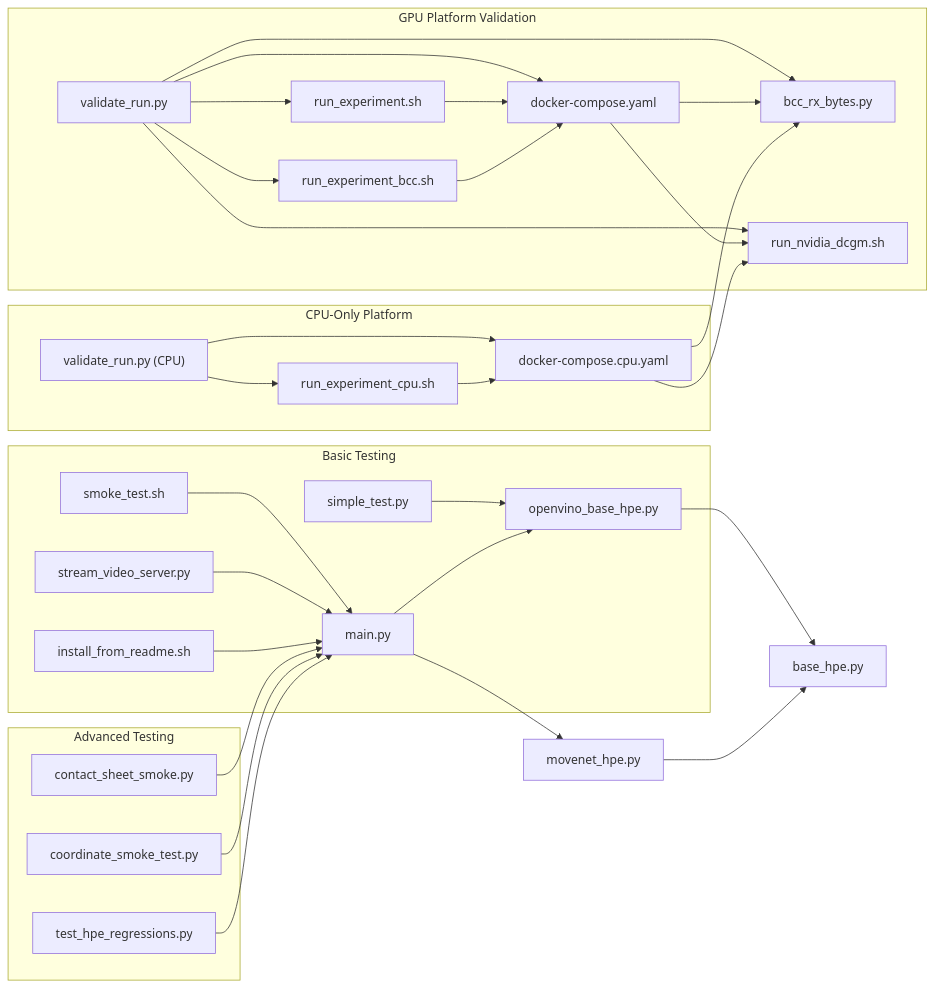
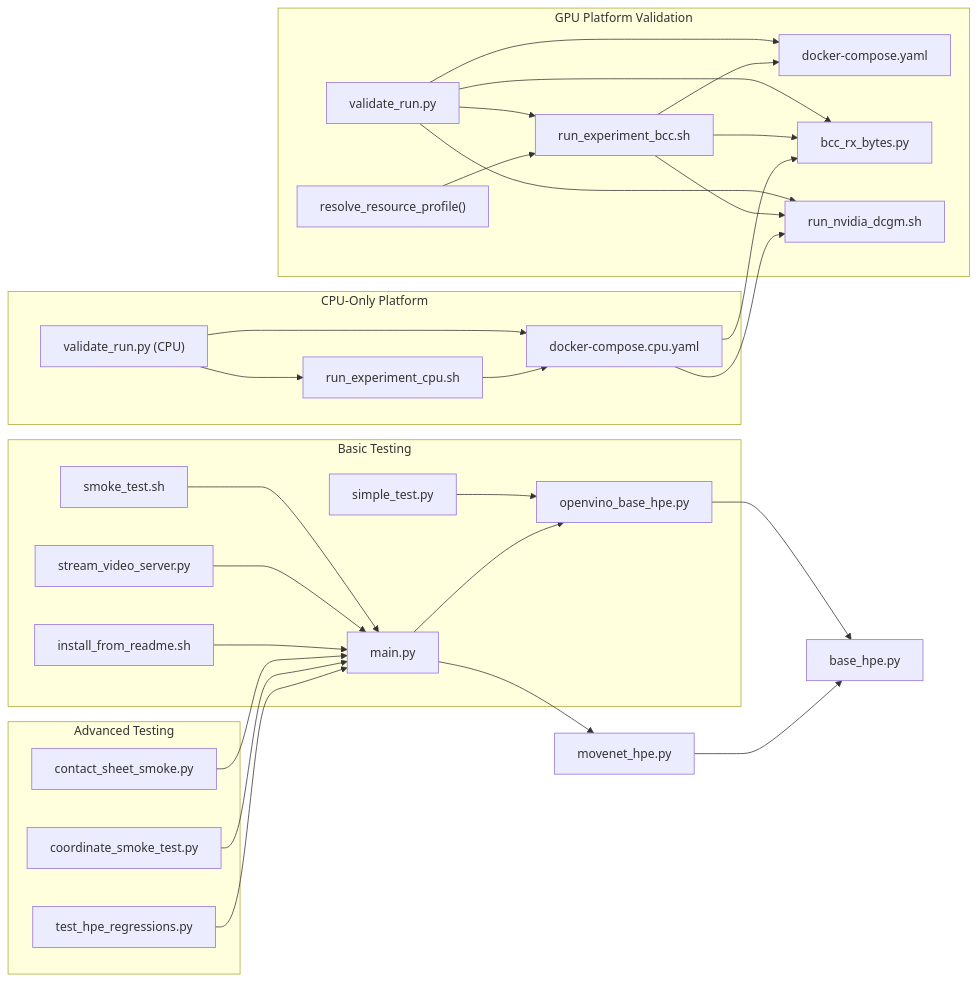
Before and after one commit to Fogus-Gr/MeasurementsDTs: the ninth of 9 diagrams in .qoder/repowiki/en/content/Development Tools/Testing and Validation.md, drawn with Mermaid. The commit also changed other lines of this file and 7 other files, not shown here.

````diff
--- a/.qoder/repowiki/en/content/Development Tools/Testing and Validation.md
+++ b/.qoder/repowiki/en/content/Development Tools/Testing and Validation.md
@@ -720,36 +836,35 @@
 ```mermaid
 graph LR
 subgraph "Basic Testing"
 ST["smoke_test.sh"] --> MAIN["main.py"]
 SIM["simple_test.py"] --> OVB["openvino_base_hpe.py"]
 SVS["stream_video_server.py"] --> MAIN
 INS["install_from_readme.sh"] --> MAIN
 end
 subgraph "Advanced Testing"
 CSS["contact_sheet_smoke.py"] --> MAIN
 CTS["coordinate_smoke_test.py"] --> MAIN
 RT["test_hpe_regressions.py"] --> MAIN
 end
 subgraph "GPU Platform Validation"
-VR["validate_run.py"] --> RE["run_experiment.sh"]
-VR --> REB["run_experiment_bcc.sh"]
+VR["validate_run.py"] --> REB["run_experiment_bcc.sh"]
 VR --> DC["docker-compose.yaml"]
 VR --> BT["bcc_rx_bytes.py"]
 VR --> GM["run_nvidia_dcgm.sh"]
-RE --> DC
 REB --> DC
-DC --> BT
-DC --> GM
+REB --> BT
+REB --> GM
+RP["resolve_resource_profile()"] --> REB
 end
 subgraph "CPU-Only Platform"
 VRC["validate_run.py (CPU)"] --> REC["run_experiment_cpu.sh"]
 VRC --> DCC["docker-compose.cpu.yaml"]
 REC --> DCC
 DCC --> BT
 DCC --> GM
 end
 MAIN --> OVB
 MAIN --> MN["movenet_hpe.py"]
 OVB --> BASE["base_hpe.py"]
 MN --> BASE
 ```
````
